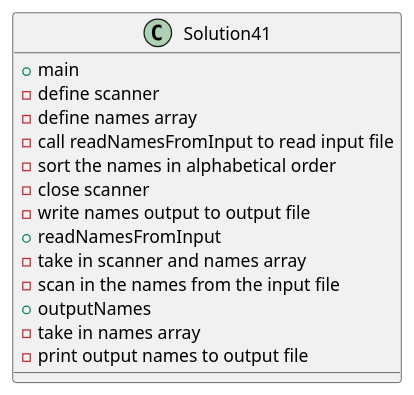
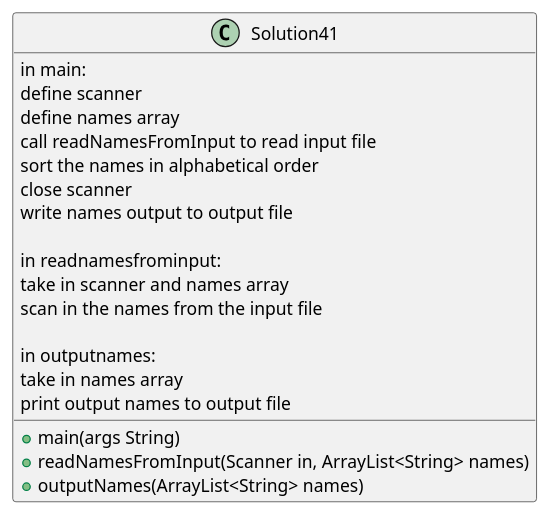
One commit to Roesnware/Roy-a04 changed the diagram in exercise41/docs/Solution41UML.puml. Above: the diagram before and after it, drawn with PlantUML.

Commit message:
ex41umltouches

```diff
--- a/exercise41/docs/Solution41UML.puml
+++ b/exercise41/docs/Solution41UML.puml
@@ -1,21 +1,26 @@
 @startuml
 'https://plantuml.com/class-diagram
 
 
 class Solution41 {
-+main
-- define scanner
-- define names array
-- call readNamesFromInput to read input file
-- sort the names in alphabetical order
-- close scanner
-- write names output to output file
-+readNamesFromInput
-- take in scanner and names array
-- scan in the names from the input file
-+outputNames
-- take in names array
-- print output names to output file
++main(args String)
+in main:
+define scanner
+define names array
+call readNamesFromInput to read input file
+sort the names in alphabetical order
+close scanner
+write names output to output file
+
+in readnamesfrominput:
++readNamesFromInput(Scanner in, ArrayList<String> names)
+take in scanner and names array
+scan in the names from the input file
+
+in outputnames:
++outputNames(ArrayList<String> names)
+take in names array
+print output names to output file
 }
 
 @enduml
```
